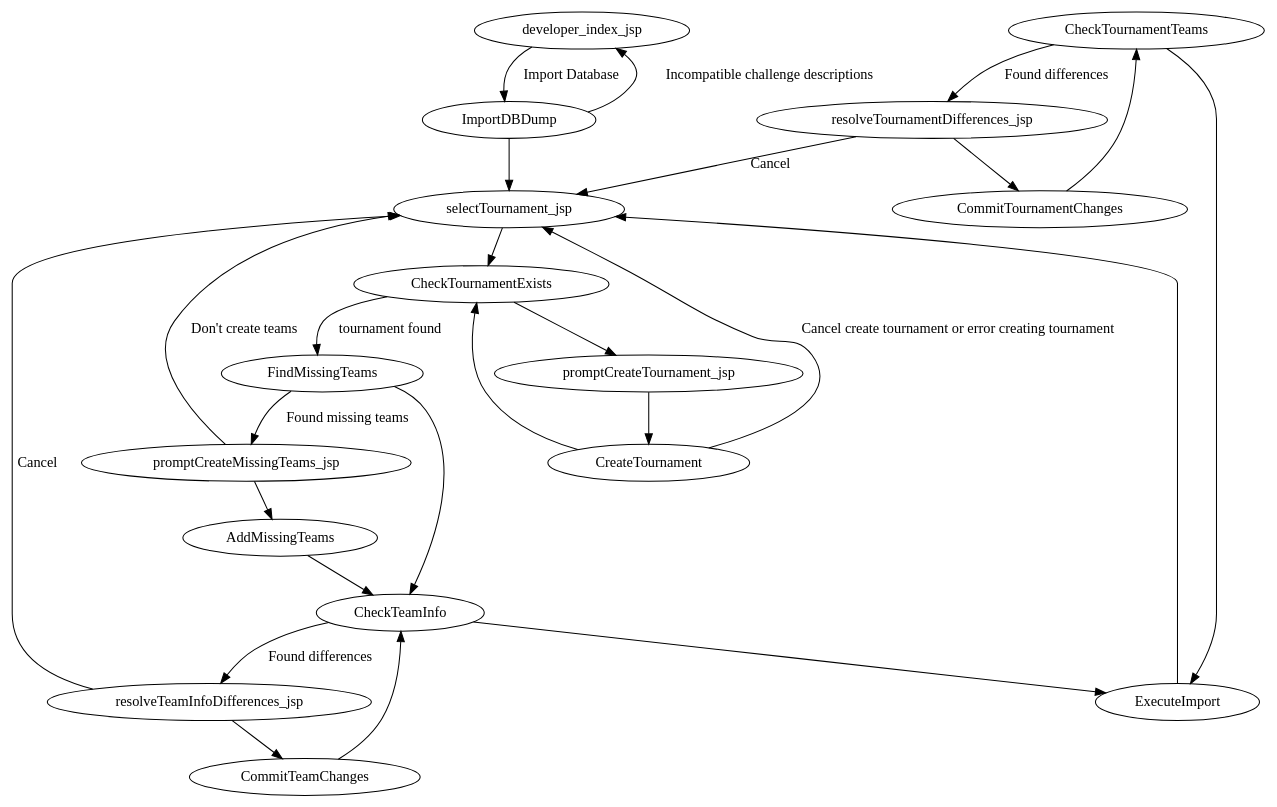
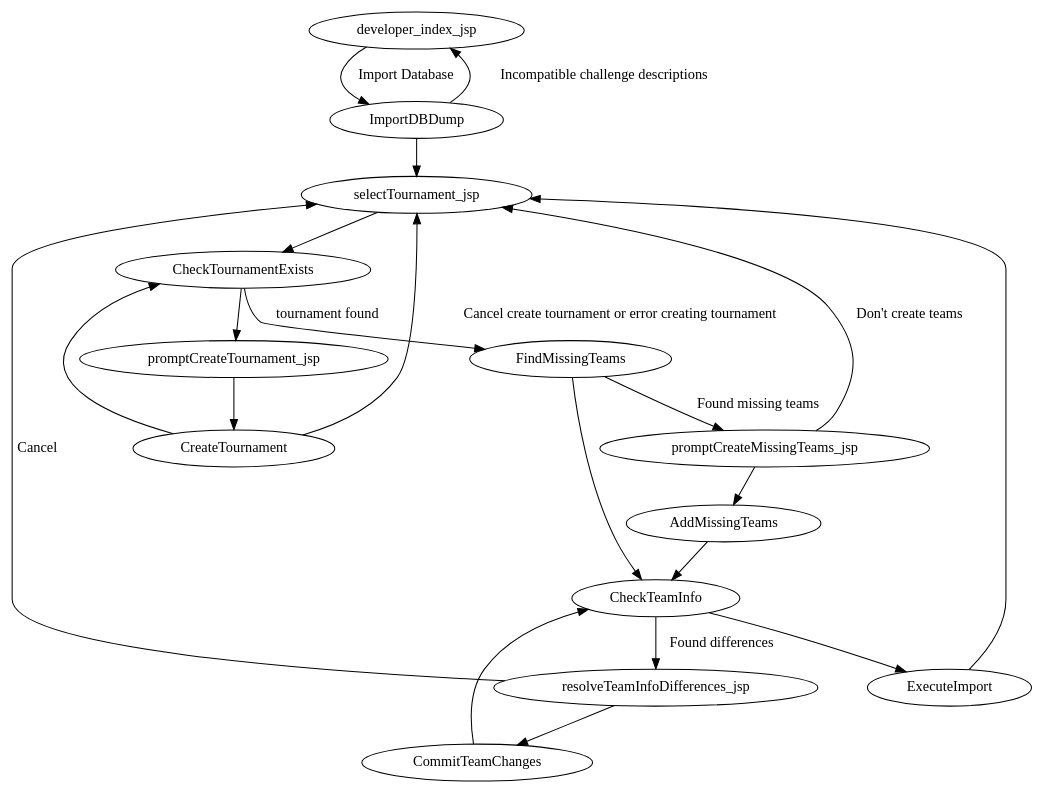
One commit to jpschewe/fll-sw changed the diagram in scoring/docs/workflows/import_database.dot. Above: the diagram before and after it, drawn with Graphviz.

Commit message:
Correct workflow for importing teams into the database
There is no more checking of tournament teams step. This is done inside
checking for missing teams.

```diff
--- a/scoring/docs/workflows/import_database.dot
+++ b/scoring/docs/workflows/import_database.dot
@@ -1,54 +1,44 @@
 digraph import_database {
 
 developer_index_jsp -> ImportDBDump [label="Import Database"];
 
 ImportDBDump -> selectTournament_jsp;
 
 ImportDBDump -> developer_index_jsp [label="Incompatible challenge descriptions"]
 
 selectTournament_jsp -> CheckTournamentExists;
 
 CheckTournamentExists -> promptCreateTournament_jsp;
 
 CheckTournamentExists -> FindMissingTeams [label="tournament found"];
 
 promptCreateTournament_jsp -> CreateTournament;
 
 CreateTournament -> selectTournament_jsp [label="Cancel create tournament or error creating tournament"];
 
 CreateTournament -> CheckTournamentExists;
 
 FindMissingTeams -> CheckTeamInfo;
 
 FindMissingTeams -> promptCreateMissingTeams_jsp [label="Found missing teams"];
 
 promptCreateMissingTeams_jsp -> AddMissingTeams;
 
 promptCreateMissingTeams_jsp -> selectTournament_jsp [label="Don't create teams"];
 
 AddMissingTeams -> CheckTeamInfo;
 
 CheckTeamInfo -> ExecuteImport;
 
 CheckTeamInfo -> resolveTeamInfoDifferences_jsp [label="Found differences"];
 
 resolveTeamInfoDifferences_jsp -> CommitTeamChanges;
 
 resolveTeamInfoDifferences_jsp -> selectTournament_jsp [label="Cancel"];
 
 CommitTeamChanges -> CheckTeamInfo;
 
-CheckTournamentTeams -> resolveTournamentDifferences_jsp [label="Found differences"];
-
-CheckTournamentTeams -> ExecuteImport;
-
-resolveTournamentDifferences_jsp -> CommitTournamentChanges;
-
-resolveTournamentDifferences_jsp -> selectTournament_jsp [label="Cancel"];
-
-CommitTournamentChanges -> CheckTournamentTeams;
-
 ExecuteImport -> selectTournament_jsp;
 
 
 }
```
